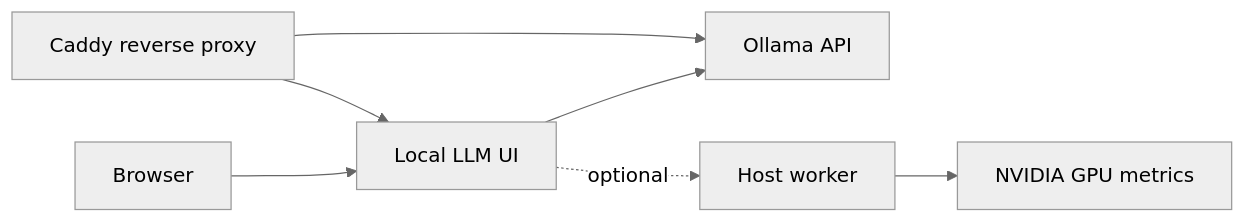
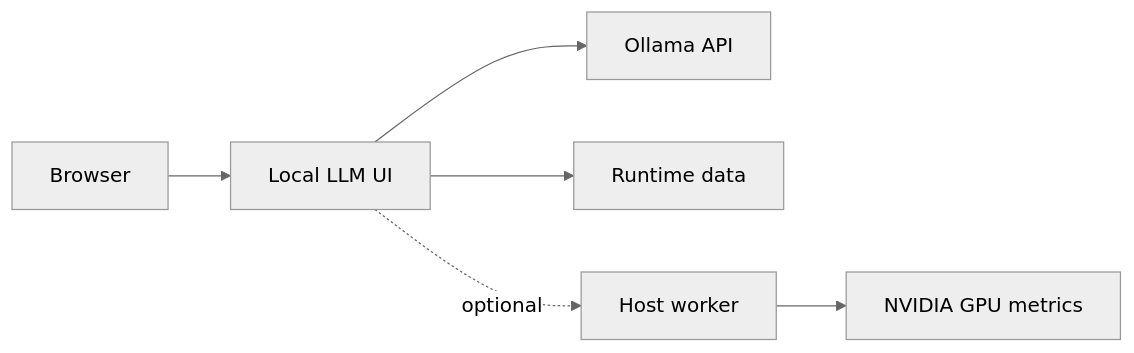
The diagram in docs/graphics/architecture.mmd (gmode2020x-tim/local-llm-vm-console), drawn with Mermaid (neutral theme) before and after one commit. The commit also changed 19 other files, not shown here.

```diff
--- a/docs/graphics/architecture.mmd
+++ b/docs/graphics/architecture.mmd
@@ -1,7 +1,6 @@
 flowchart LR
   browser["Browser"] --> ui["Local LLM UI"]
   ui --> ollama["Ollama API"]
+  ui --> data["Runtime data"]
   ui -. optional .-> worker["Host worker"]
   worker --> gpu["NVIDIA GPU metrics"]
-  caddy["Caddy reverse proxy"] --> ui
-  caddy --> ollama
```
